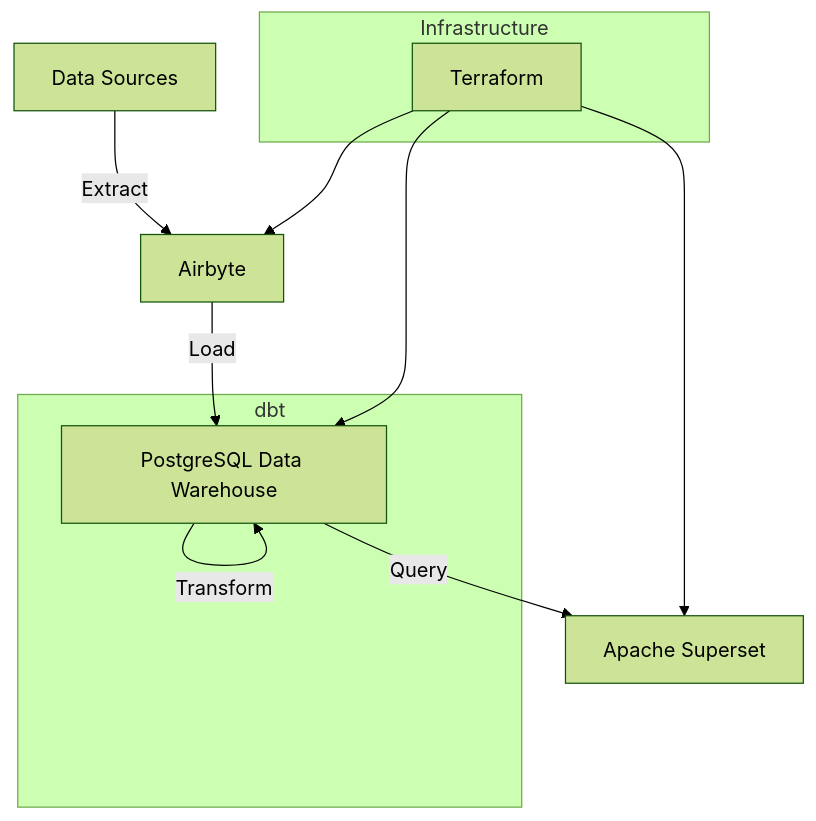
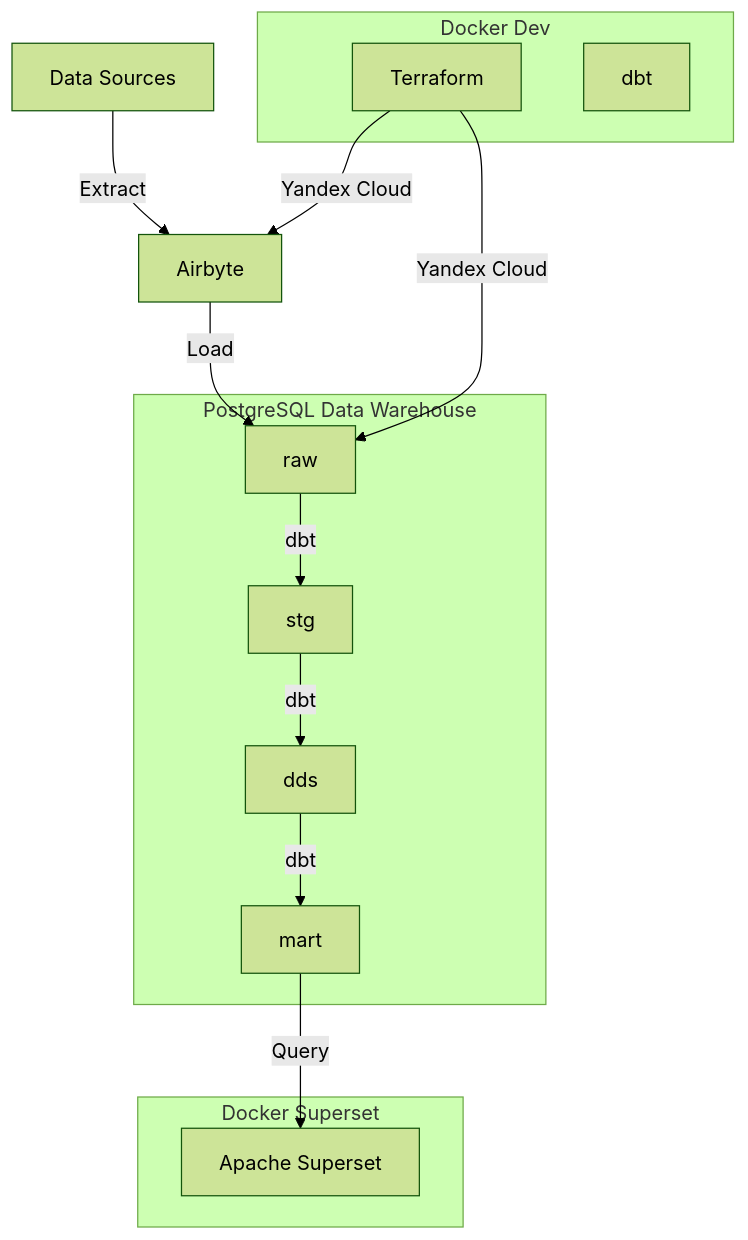
One commit to Katrindenek/Cloud-Data-Vault-with-dbt-and-Airbyte changed the first of 2 diagrams in README.md. Above: the diagram before and after it, drawn with Mermaid (forest theme).

````diff
--- a/README.md
+++ b/README.md
@@ -40,16 +40,28 @@
 ```mermaid
 graph TD
     A[Data Sources] -->|Extract| B[Airbyte]
-    subgraph dbt 
-        C[PostgreSQL Data Warehouse]
+    subgraph PostgreSQL Data Warehouse 
+        C[raw]
+        I[stg]
+        J[dds]
+        K[mart]
     end
     B -->|Load| C
-    C -->|Transform| C
-    C -->|Query| F[Apache Superset]
-    subgraph Infrastructure
+    C -->|dbt| I
+    I -->|dbt| J
+    J -->|dbt| K
+    
+    subgraph Docker Superset
+        F[Apache Superset]
+    end
+    
+    K -->|Query| F[Apache Superset]
+    
+    subgraph Docker Dev
         G[Terraform]
+        H[dbt]
     end
-    G --> B
-    G --> C
-    G --> F
+    G -->|Yandex Cloud| B
+    G -->|Yandex Cloud| C
+
 ```
````
